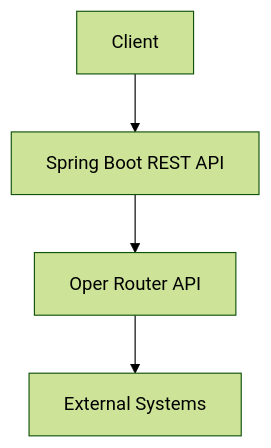
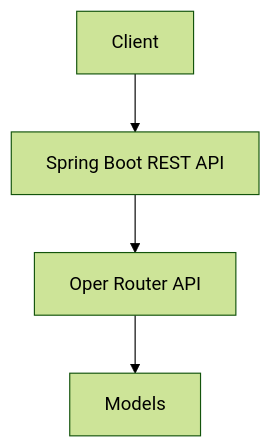
Before and after one commit to deepak-sekarbabu/spring-ai-open-router: the diagram in README.md, drawn with Mermaid (forest theme). The commit also changed other lines of this file, not shown here.

````diff
--- a/README.md
+++ b/README.md
@@ -67,6 +67,6 @@
 ```mermaid
 graph TD;
   Client-->REST_API[Spring Boot REST API];
   REST_API-->Oper_Router[Oper Router API]; 
-  Oper_Router-->External_Systems[External Systems];
+  Oper_Router-->LLM[Models];
 ```
````
